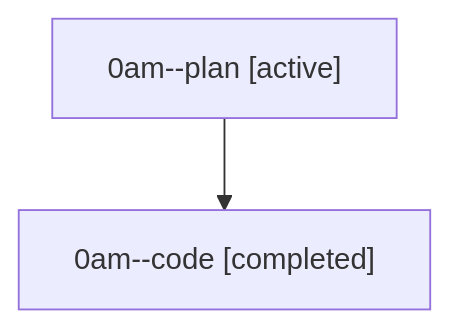
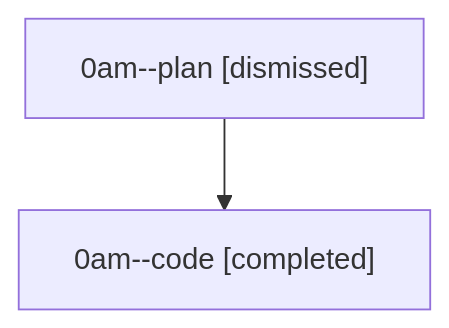
One commit to sase-org/sase--agents changed the diagram in sessions/bbugyi200.athena.0am.md. Above: the diagram before and after it, drawn with Mermaid. The commit also changed other lines of this file and 42 other files, not shown here.

````diff
--- a/sessions/bbugyi200.athena.0am.md
+++ b/sessions/bbugyi200.athena.0am.md
@@ -9,6 +9,6 @@
 ```mermaid
 flowchart TD
-  n0["0am--plan [active]"]
+  n0["0am--plan [dismissed]"]
   n1["0am--code [completed]"]
   n0 --> n1
 ```
````
